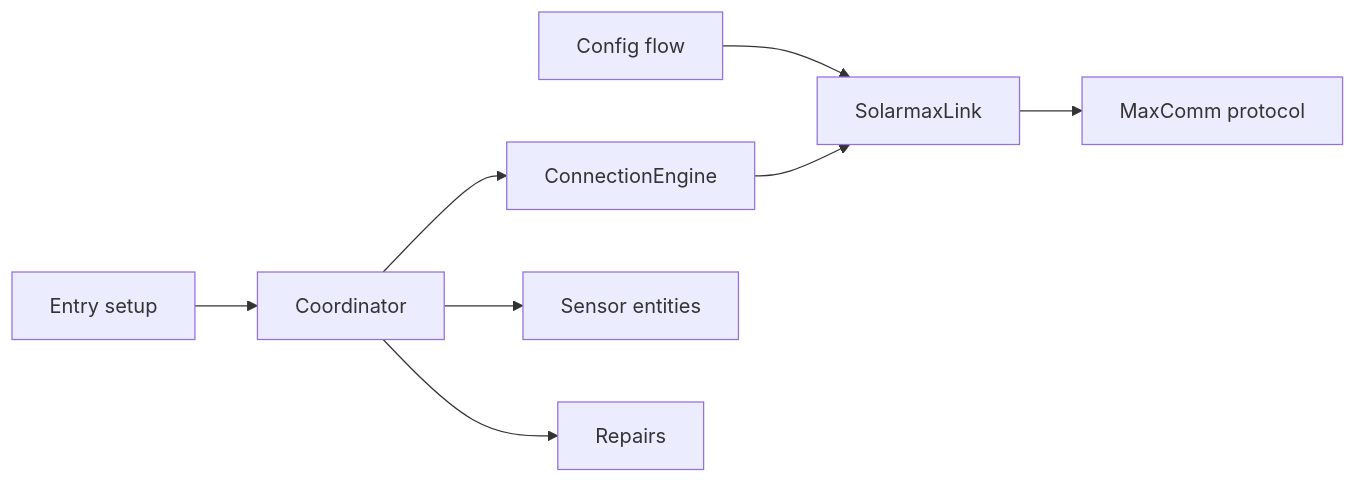
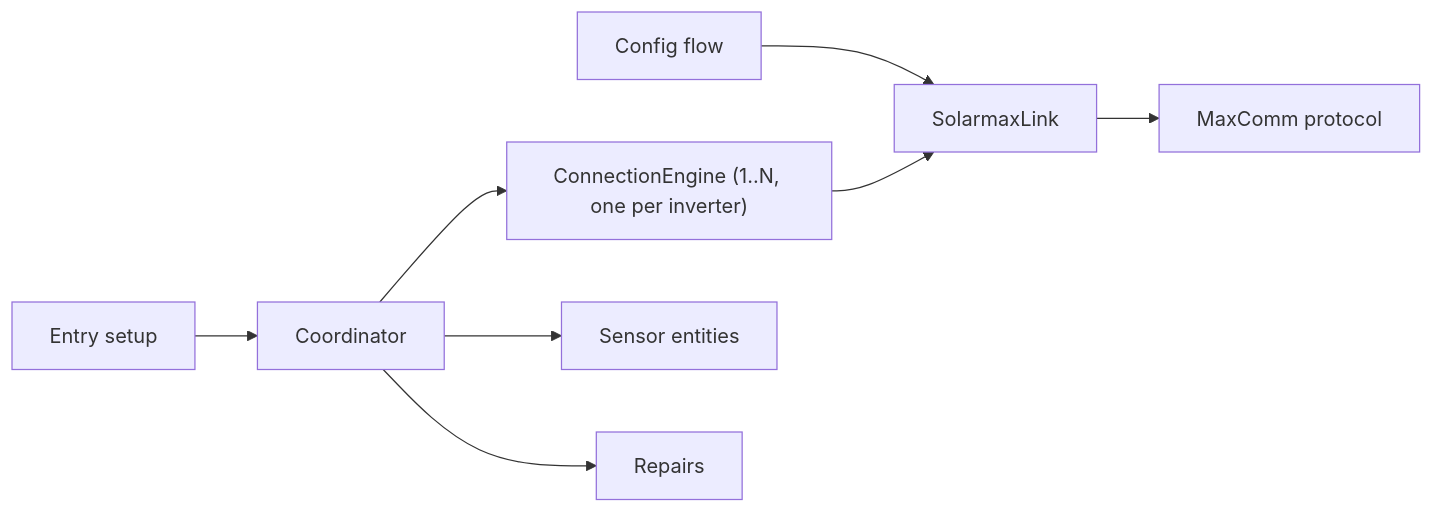
One commit to oschick/solarmax-ha-integration changed the diagram in docs/architecture.md. Above: the diagram before and after it, drawn with Mermaid. The commit also changed other lines of this file and 5 other files, not shown here.

````diff
--- a/docs/architecture.md
+++ b/docs/architecture.md
@@ -5,10 +5,10 @@
 ```mermaid
 flowchart LR
     CF[Config flow] --> LINK[SolarmaxLink]
     INIT[Entry setup] --> COORD[Coordinator]
-    COORD --> ENGINE[ConnectionEngine]
+    COORD --> ENGINE["ConnectionEngine (1..N, one per inverter)"]
     ENGINE --> LINK
     LINK --> PROTO[MaxComm protocol]
     COORD --> SENSOR[Sensor entities]
     COORD --> REPAIR[Repairs]
 ```
````
